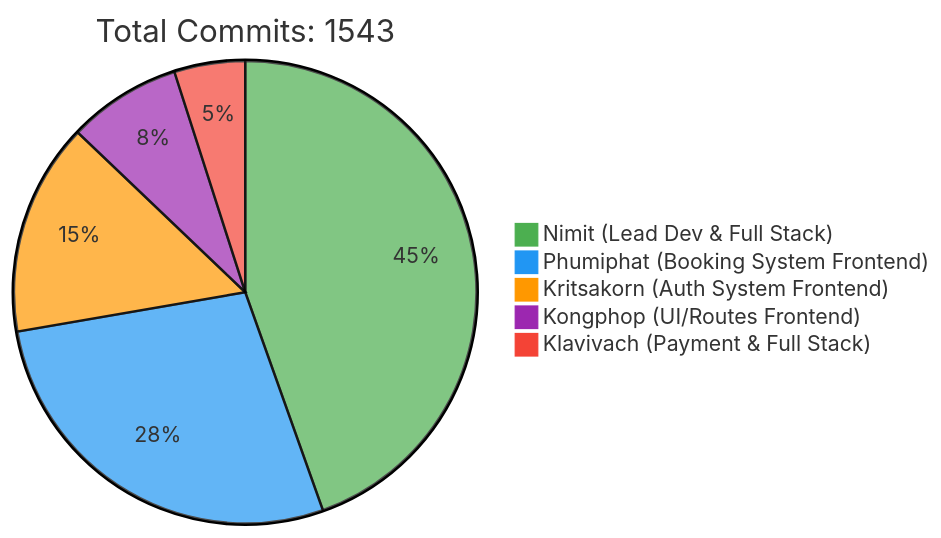
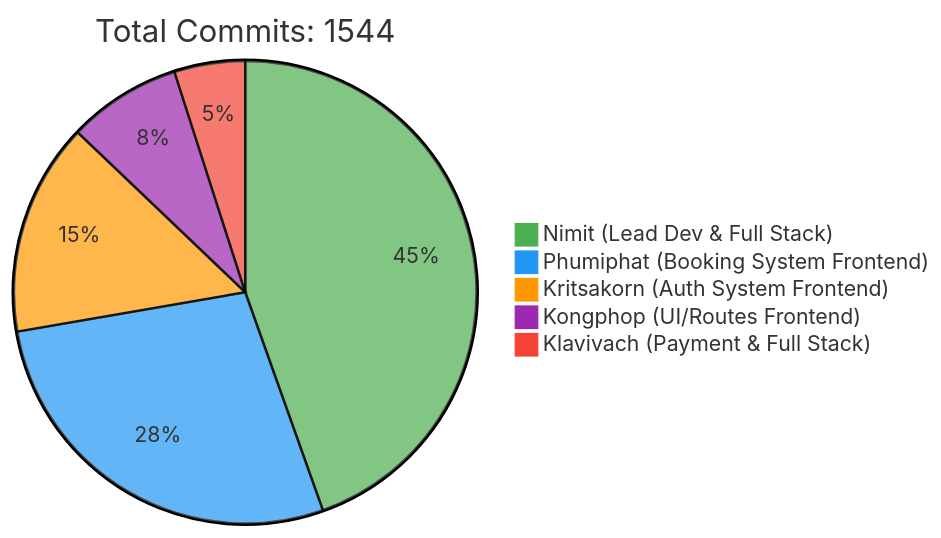
One commit to 6531503042/Sport-Complex changed the first of 2 diagrams in README.md. Above: the diagram before and after it, drawn with Mermaid. The commit also changed other lines of this file, not shown here.

Commit message:
docs: Update contributor statistics [skip ci]

````diff
--- a/README.md
+++ b/README.md
@@ -257,10 +257,10 @@
 ```mermaid
 %%{init: {'theme': 'base', 'themeVariables': { 'pie1': '#4CAF50', 'pie2': '#2196F3', 'pie3': '#FF9800', 'pie4': '#9C27B0', 'pie5': '#F44336'}}}%%
 pie
-    title Total Commits: 1543
+    title Total Commits: 1544
     "Nimit (Lead Dev & Full Stack)" : 450
     "Phumiphat (Booking System Frontend)" : 280
     "Kritsakorn (Auth System Frontend)" : 150
     "Kongphop (UI/Routes Frontend)" : 80
     "Klavivach (Payment & Full Stack)" : 50
 ```
````
